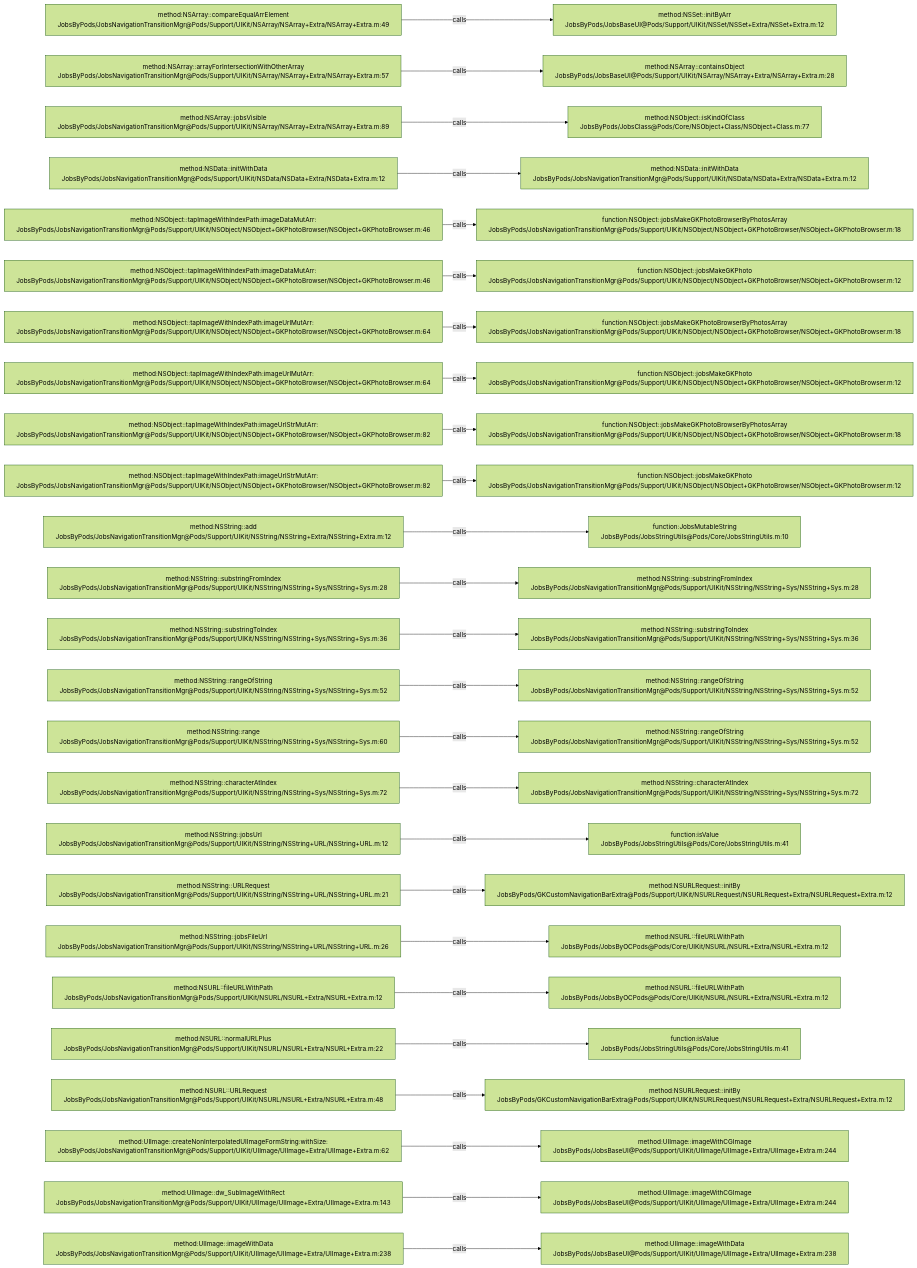
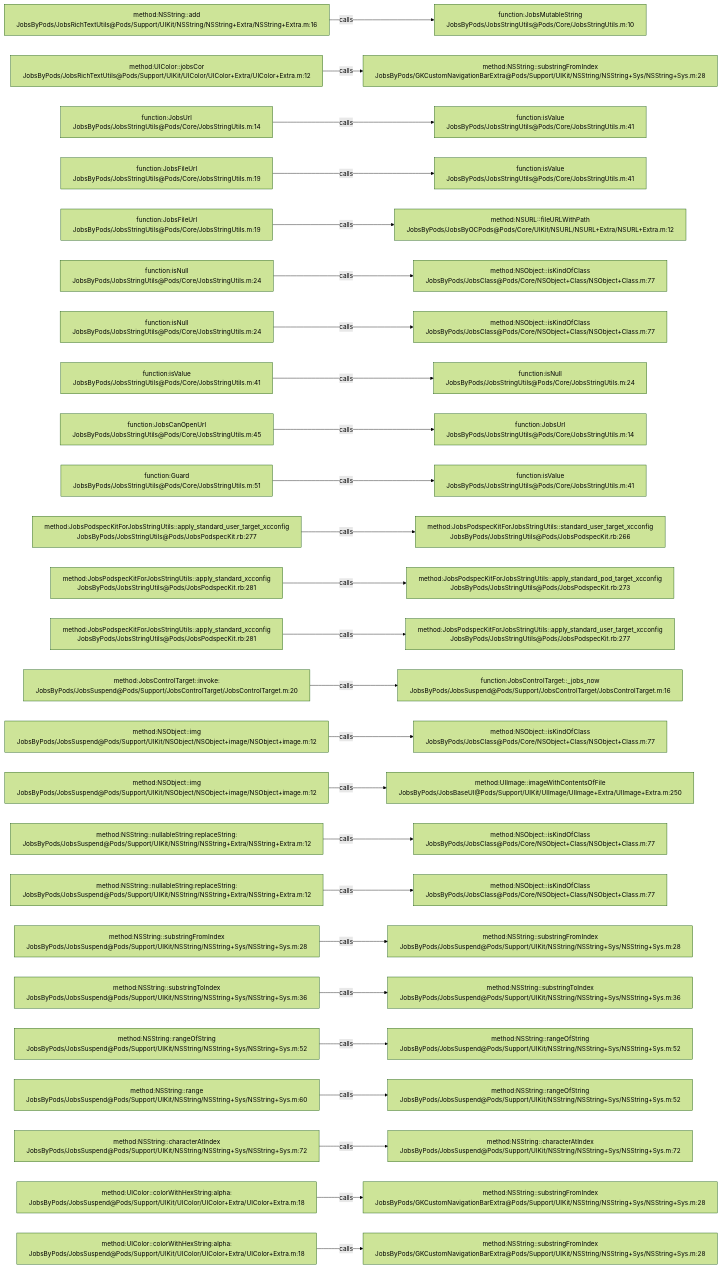
The diagram in .codegraph/codegraph.md/graphs/calls-016.md (JobsKits/JobsOCBaseConfigDemo), drawn with Mermaid (forest theme) before and after one commit. The commit also changed 1223 other files, not shown here.

````diff
--- a/.codegraph/codegraph.md/graphs/calls-016.md
+++ b/.codegraph/codegraph.md/graphs/calls-016.md
@@ -13,78 +13,78 @@
 ```mermaid
 flowchart LR
-  S1["method:NSArray::compareEqualArrElement<br/>JobsByPods/JobsNavigationTransitionMgr@Pods/Support/UIKit/NSArray/NSArray+Extra/NSArray+Extra.m:49"]
-  T1["method:NSSet::initByArr<br/>JobsByPods/JobsBaseUI@Pods/Support/UIKit/NSSet/NSSet+Extra/NSSet+Extra.m:12"]
+  S1["method:NSString::add<br/>JobsByPods/JobsRichTextUtils@Pods/Support/UIKit/NSString/NSString+Extra/NSString+Extra.m:16"]
+  T1["function:JobsMutableString<br/>JobsByPods/JobsStringUtils@Pods/Core/JobsStringUtils.m:10"]
   S1 -->|calls| T1
-  S2["method:NSArray::arrayForIntersectionWithOtherArray<br/>JobsByPods/JobsNavigationTransitionMgr@Pods/Support/UIKit/NSArray/NSArray+Extra/NSArray+Extra.m:57"]
-  T2["method:NSArray::containsObject<br/>JobsByPods/JobsBaseUI@Pods/Support/UIKit/NSArray/NSArray+Extra/NSArray+Extra.m:28"]
+  S2["method:UIColor::jobsCor<br/>JobsByPods/JobsRichTextUtils@Pods/Support/UIKit/UIColor/UIColor+Extra/UIColor+Extra.m:12"]
+  T2["method:NSString::substringFromIndex<br/>JobsByPods/GKCustomNavigationBarExtra@Pods/Support/UIKit/NSString/NSString+Sys/NSString+Sys.m:28"]
   S2 -->|calls| T2
-  S3["method:NSArray::jobsVisible<br/>JobsByPods/JobsNavigationTransitionMgr@Pods/Support/UIKit/NSArray/NSArray+Extra/NSArray+Extra.m:89"]
-  T3["method:NSObject::isKindOfClass<br/>JobsByPods/JobsClass@Pods/Core/NSObject+Class/NSObject+Class.m:77"]
+  S3["function:JobsUrl<br/>JobsByPods/JobsStringUtils@Pods/Core/JobsStringUtils.m:14"]
+  T3["function:isValue<br/>JobsByPods/JobsStringUtils@Pods/Core/JobsStringUtils.m:41"]
   S3 -->|calls| T3
-  S4["method:NSData::initWithData<br/>JobsByPods/JobsNavigationTransitionMgr@Pods/Support/UIKit/NSData/NSData+Extra/NSData+Extra.m:12"]
-  T4["method:NSData::initWithData<br/>JobsByPods/JobsNavigationTransitionMgr@Pods/Support/UIKit/NSData/NSData+Extra/NSData+Extra.m:12"]
+  S4["function:JobsFileUrl<br/>JobsByPods/JobsStringUtils@Pods/Core/JobsStringUtils.m:19"]
+  T4["function:isValue<br/>JobsByPods/JobsStringUtils@Pods/Core/JobsStringUtils.m:41"]
   S4 -->|calls| T4
-  S5["method:NSObject::tapImageWithIndexPath:imageDataMutArr:<br/>JobsByPods/JobsNavigationTransitionMgr@Pods/Support/UIKit/NSObject/NSObject+GKPhotoBrowser/NSObject+GKPhotoBrowser.m:46"]
-  T5["function:NSObject::jobsMakeGKPhotoBrowserByPhotosArray<br/>JobsByPods/JobsNavigationTransitionMgr@Pods/Support/UIKit/NSObject/NSObject+GKPhotoBrowser/NSObject+GKPhotoBrowser.m:18"]
+  S5["function:JobsFileUrl<br/>JobsByPods/JobsStringUtils@Pods/Core/JobsStringUtils.m:19"]
+  T5["method:NSURL::fileURLWithPath<br/>JobsByPods/JobsByOCPods@Pods/Core/UIKit/NSURL/NSURL+Extra/NSURL+Extra.m:12"]
   S5 -->|calls| T5
-  S6["method:NSObject::tapImageWithIndexPath:imageDataMutArr:<br/>JobsByPods/JobsNavigationTransitionMgr@Pods/Support/UIKit/NSObject/NSObject+GKPhotoBrowser/NSObject+GKPhotoBrowser.m:46"]
-  T6["function:NSObject::jobsMakeGKPhoto<br/>JobsByPods/JobsNavigationTransitionMgr@Pods/Support/UIKit/NSObject/NSObject+GKPhotoBrowser/NSObject+GKPhotoBrowser.m:12"]
+  S6["function:isNull<br/>JobsByPods/JobsStringUtils@Pods/Core/JobsStringUtils.m:24"]
+  T6["method:NSObject::isKindOfClass<br/>JobsByPods/JobsClass@Pods/Core/NSObject+Class/NSObject+Class.m:77"]
   S6 -->|calls| T6
-  S7["method:NSObject::tapImageWithIndexPath:imageUrlMutArr:<br/>JobsByPods/JobsNavigationTransitionMgr@Pods/Support/UIKit/NSObject/NSObject+GKPhotoBrowser/NSObject+GKPhotoBrowser.m:64"]
-  T7["function:NSObject::jobsMakeGKPhotoBrowserByPhotosArray<br/>JobsByPods/JobsNavigationTransitionMgr@Pods/Support/UIKit/NSObject/NSObject+GKPhotoBrowser/NSObject+GKPhotoBrowser.m:18"]
+  S7["function:isNull<br/>JobsByPods/JobsStringUtils@Pods/Core/JobsStringUtils.m:24"]
+  T7["method:NSObject::isKindOfClass<br/>JobsByPods/JobsClass@Pods/Core/NSObject+Class/NSObject+Class.m:77"]
   S7 -->|calls| T7
-  S8["method:NSObject::tapImageWithIndexPath:imageUrlMutArr:<br/>JobsByPods/JobsNavigationTransitionMgr@Pods/Support/UIKit/NSObject/NSObject+GKPhotoBrowser/NSObject+GKPhotoBrowser.m:64"]
-  T8["function:NSObject::jobsMakeGKPhoto<br/>JobsByPods/JobsNavigationTransitionMgr@Pods/Support/UIKit/NSObject/NSObject+GKPhotoBrowser/NSObject+GKPhotoBrowser.m:12"]
+  S8["function:isValue<br/>JobsByPods/JobsStringUtils@Pods/Core/JobsStringUtils.m:41"]
+  T8["function:isNull<br/>JobsByPods/JobsStringUtils@Pods/Core/JobsStringUtils.m:24"]
   S8 -->|calls| T8
-  S9["method:NSObject::tapImageWithIndexPath:imageUrlStrMutArr:<br/>JobsByPods/JobsNavigationTransitionMgr@Pods/Support/UIKit/NSObject/NSObject+GKPhotoBrowser/NSObject+GKPhotoBrowser.m:82"]
-  T9["function:NSObject::jobsMakeGKPhotoBrowserByPhotosArray<br/>JobsByPods/JobsNavigationTransitionMgr@Pods/Support/UIKit/NSObject/NSObject+GKPhotoBrowser/NSObject+GKPhotoBrowser.m:18"]
+  S9["function:JobsCanOpenUrl<br/>JobsByPods/JobsStringUtils@Pods/Core/JobsStringUtils.m:45"]
+  T9["function:JobsUrl<br/>JobsByPods/JobsStringUtils@Pods/Core/JobsStringUtils.m:14"]
   S9 -->|calls| T9
-  S10["method:NSObject::tapImageWithIndexPath:imageUrlStrMutArr:<br/>JobsByPods/JobsNavigationTransitionMgr@Pods/Support/UIKit/NSObject/NSObject+GKPhotoBrowser/NSObject+GKPhotoBrowser.m:82"]
-  T10["function:NSObject::jobsMakeGKPhoto<br/>JobsByPods/JobsNavigationTransitionMgr@Pods/Support/UIKit/NSObject/NSObject+GKPhotoBrowser/NSObject+GKPhotoBrowser.m:12"]
+  S10["function:Guard<br/>JobsByPods/JobsStringUtils@Pods/Core/JobsStringUtils.m:51"]
+  T10["function:isValue<br/>JobsByPods/JobsStringUtils@Pods/Core/JobsStringUtils.m:41"]
   S10 -->|calls| T10
-  S11["method:NSString::add<br/>JobsByPods/JobsNavigationTransitionMgr@Pods/Support/UIKit/NSString/NSString+Extra/NSString+Extra.m:12"]
-  T11["function:JobsMutableString<br/>JobsByPods/JobsStringUtils@Pods/Core/JobsStringUtils.m:10"]
+  S11["method:JobsPodspecKitForJobsStringUtils::apply_standard_user_target_xcconfig<br/>JobsByPods/JobsStringUtils@Pods/JobsPodspecKit.rb:277"]
+  T11["method:JobsPodspecKitForJobsStringUtils::standard_user_target_xcconfig<br/>JobsByPods/JobsStringUtils@Pods/JobsPodspecKit.rb:266"]
   S11 -->|calls| T11
-  S12["method:NSString::substringFromIndex<br/>JobsByPods/JobsNavigationTransitionMgr@Pods/Support/UIKit/NSString/NSString+Sys/NSString+Sys.m:28"]
-  T12["method:NSString::substringFromIndex<br/>JobsByPods/JobsNavigationTransitionMgr@Pods/Support/UIKit/NSString/NSString+Sys/NSString+Sys.m:28"]
+  S12["method:JobsPodspecKitForJobsStringUtils::apply_standard_xcconfig<br/>JobsByPods/JobsStringUtils@Pods/JobsPodspecKit.rb:281"]
+  T12["method:JobsPodspecKitForJobsStringUtils::apply_standard_pod_target_xcconfig<br/>JobsByPods/JobsStringUtils@Pods/JobsPodspecKit.rb:273"]
   S12 -->|calls| T12
-  S13["method:NSString::substringToIndex<br/>JobsByPods/JobsNavigationTransitionMgr@Pods/Support/UIKit/NSString/NSString+Sys/NSString+Sys.m:36"]
-  T13["method:NSString::substringToIndex<br/>JobsByPods/JobsNavigationTransitionMgr@Pods/Support/UIKit/NSString/NSString+Sys/NSString+Sys.m:36"]
+  S13["method:JobsPodspecKitForJobsStringUtils::apply_standard_xcconfig<br/>JobsByPods/JobsStringUtils@Pods/JobsPodspecKit.rb:281"]
+  T13["method:JobsPodspecKitForJobsStringUtils::apply_standard_user_target_xcconfig<br/>JobsByPods/JobsStringUtils@Pods/JobsPodspecKit.rb:277"]
   S13 -->|calls| T13
-  S14["method:NSString::rangeOfString<br/>JobsByPods/JobsNavigationTransitionMgr@Pods/Support/UIKit/NSString/NSString+Sys/NSString+Sys.m:52"]
-  T14["method:NSString::rangeOfString<br/>JobsByPods/JobsNavigationTransitionMgr@Pods/Support/UIKit/NSString/NSString+Sys/NSString+Sys.m:52"]
+  S14["method:JobsControlTarget::invoke:<br/>JobsByPods/JobsSuspend@Pods/Support/JobsControlTarget/JobsControlTarget.m:20"]
+  T14["function:JobsControlTarget::_jobs_now<br/>JobsByPods/JobsSuspend@Pods/Support/JobsControlTarget/JobsControlTarget.m:16"]
   S14 -->|calls| T14
-  S15["method:NSString::range<br/>JobsByPods/JobsNavigationTransitionMgr@Pods/Support/UIKit/NSString/NSString+Sys/NSString+Sys.m:60"]
-  T15["method:NSString::rangeOfString<br/>JobsByPods/JobsNavigationTransitionMgr@Pods/Support/UIKit/NSString/NSString+Sys/NSString+Sys.m:52"]
+  S15["method:NSObject::img<br/>JobsByPods/JobsSuspend@Pods/Support/UIKit/NSObject/NSObject+image/NSObject+image.m:12"]
+  T15["method:NSObject::isKindOfClass<br/>JobsByPods/JobsClass@Pods/Core/NSObject+Class/NSObject+Class.m:77"]
   S15 -->|calls| T15
-  S16["method:NSString::characterAtIndex<br/>JobsByPods/JobsNavigationTransitionMgr@Pods/Support/UIKit/NSString/NSString+Sys/NSString+Sys.m:72"]
-  T16["method:NSString::characterAtIndex<br/>JobsByPods/JobsNavigationTransitionMgr@Pods/Support/UIKit/NSString/NSString+Sys/NSString+Sys.m:72"]
+  S16["method:NSObject::img<br/>JobsByPods/JobsSuspend@Pods/Support/UIKit/NSObject/NSObject+image/NSObject+image.m:12"]
+  T16["method:UIImage::imageWithContentsOfFile<br/>JobsByPods/JobsBaseUI@Pods/Support/UIKit/UIImage/UIImage+Extra/UIImage+Extra.m:250"]
   S16 -->|calls| T16
-  S17["method:NSString::jobsUrl<br/>JobsByPods/JobsNavigationTransitionMgr@Pods/Support/UIKit/NSString/NSString+URL/NSString+URL.m:12"]
-  T17["function:isValue<br/>JobsByPods/JobsStringUtils@Pods/Core/JobsStringUtils.m:41"]
+  S17["method:NSString::nullableString:replaceString:<br/>JobsByPods/JobsSuspend@Pods/Support/UIKit/NSString/NSString+Extra/NSString+Extra.m:12"]
+  T17["method:NSObject::isKindOfClass<br/>JobsByPods/JobsClass@Pods/Core/NSObject+Class/NSObject+Class.m:77"]
   S17 -->|calls| T17
-  S18["method:NSString::URLRequest<br/>JobsByPods/JobsNavigationTransitionMgr@Pods/Support/UIKit/NSString/NSString+URL/NSString+URL.m:21"]
-  T18["method:NSURLRequest::initBy<br/>JobsByPods/GKCustomNavigationBarExtra@Pods/Support/UIKit/NSURLRequest/NSURLRequest+Extra/NSURLRequest+Extra.m:12"]
+  S18["method:NSString::nullableString:replaceString:<br/>JobsByPods/JobsSuspend@Pods/Support/UIKit/NSString/NSString+Extra/NSString+Extra.m:12"]
+  T18["method:NSObject::isKindOfClass<br/>JobsByPods/JobsClass@Pods/Core/NSObject+Class/NSObject+Class.m:77"]
   S18 -->|calls| T18
-  S19["method:NSString::jobsFileUrl<br/>JobsByPods/JobsNavigationTransitionMgr@Pods/Support/UIKit/NSString/NSString+URL/NSString+URL.m:26"]
-  T19["method:NSURL::fileURLWithPath<br/>JobsByPods/JobsByOCPods@Pods/Core/UIKit/NSURL/NSURL+Extra/NSURL+Extra.m:12"]
+  S19["method:NSString::substringFromIndex<br/>JobsByPods/JobsSuspend@Pods/Support/UIKit/NSString/NSString+Sys/NSString+Sys.m:28"]
+  T19["method:NSString::substringFromIndex<br/>JobsByPods/JobsSuspend@Pods/Support/UIKit/NSString/NSString+Sys/NSString+Sys.m:28"]
   S19 -->|calls| T19
-  S20["method:NSURL::fileURLWithPath<br/>JobsByPods/JobsNavigationTransitionMgr@Pods/Support/UIKit/NSURL/NSURL+Extra/NSURL+Extra.m:12"]
-  T20["method:NSURL::fileURLWithPath<br/>JobsByPods/JobsByOCPods@Pods/Core/UIKit/NSURL/NSURL+Extra/NSURL+Extra.m:12"]
+  S20["method:NSString::substringToIndex<br/>JobsByPods/JobsSuspend@Pods/Support/UIKit/NSString/NSString+Sys/NSString+Sys.m:36"]
+  T20["method:NSString::substringToIndex<br/>JobsByPods/JobsSuspend@Pods/Support/UIKit/NSString/NSString+Sys/NSString+Sys.m:36"]
   S20 -->|calls| T20
-  S21["method:NSURL::normalURLPlus<br/>JobsByPods/JobsNavigationTransitionMgr@Pods/Support/UIKit/NSURL/NSURL+Extra/NSURL+Extra.m:22"]
-  T21["function:isValue<br/>JobsByPods/JobsStringUtils@Pods/Core/JobsStringUtils.m:41"]
+  S21["method:NSString::rangeOfString<br/>JobsByPods/JobsSuspend@Pods/Support/UIKit/NSString/NSString+Sys/NSString+Sys.m:52"]
+  T21["method:NSString::rangeOfString<br/>JobsByPods/JobsSuspend@Pods/Support/UIKit/NSString/NSString+Sys/NSString+Sys.m:52"]
   S21 -->|calls| T21
-  S22["method:NSURL::URLRequest<br/>JobsByPods/JobsNavigationTransitionMgr@Pods/Support/UIKit/NSURL/NSURL+Extra/NSURL+Extra.m:48"]
-  T22["method:NSURLRequest::initBy<br/>JobsByPods/GKCustomNavigationBarExtra@Pods/Support/UIKit/NSURLRequest/NSURLRequest+Extra/NSURLRequest+Extra.m:12"]
+  S22["method:NSString::range<br/>JobsByPods/JobsSuspend@Pods/Support/UIKit/NSString/NSString+Sys/NSString+Sys.m:60"]
+  T22["method:NSString::rangeOfString<br/>JobsByPods/JobsSuspend@Pods/Support/UIKit/NSString/NSString+Sys/NSString+Sys.m:52"]
   S22 -->|calls| T22
-  S23["method:UIImage::createNonInterpolatedUIImageFormString:withSize:<br/>JobsByPods/JobsNavigationTransitionMgr@Pods/Support/UIKit/UIImage/UIImage+Extra/UIImage+Extra.m:62"]
-  T23["method:UIImage::imageWithCGImage<br/>JobsByPods/JobsBaseUI@Pods/Support/UIKit/UIImage/UIImage+Extra/UIImage+Extra.m:244"]
+  S23["method:NSString::characterAtIndex<br/>JobsByPods/JobsSuspend@Pods/Support/UIKit/NSString/NSString+Sys/NSString+Sys.m:72"]
+  T23["method:NSString::characterAtIndex<br/>JobsByPods/JobsSuspend@Pods/Support/UIKit/NSString/NSString+Sys/NSString+Sys.m:72"]
   S23 -->|calls| T23
-  S24["method:UIImage::dw_SubImageWithRect<br/>JobsByPods/JobsNavigationTransitionMgr@Pods/Support/UIKit/UIImage/UIImage+Extra/UIImage+Extra.m:143"]
-  T24["method:UIImage::imageWithCGImage<br/>JobsByPods/JobsBaseUI@Pods/Support/UIKit/UIImage/UIImage+Extra/UIImage+Extra.m:244"]
+  S24["method:UIColor::colorWithHexString:alpha:<br/>JobsByPods/JobsSuspend@Pods/Support/UIKit/UIColor/UIColor+Extra/UIColor+Extra.m:18"]
+  T24["method:NSString::substringFromIndex<br/>JobsByPods/GKCustomNavigationBarExtra@Pods/Support/UIKit/NSString/NSString+Sys/NSString+Sys.m:28"]
   S24 -->|calls| T24
-  S25["method:UIImage::imageWithData<br/>JobsByPods/JobsNavigationTransitionMgr@Pods/Support/UIKit/UIImage/UIImage+Extra/UIImage+Extra.m:238"]
-  T25["method:UIImage::imageWithData<br/>JobsByPods/JobsBaseUI@Pods/Support/UIKit/UIImage/UIImage+Extra/UIImage+Extra.m:238"]
+  S25["method:UIColor::colorWithHexString:alpha:<br/>JobsByPods/JobsSuspend@Pods/Support/UIKit/UIColor/UIColor+Extra/UIColor+Extra.m:18"]
+  T25["method:NSString::substringFromIndex<br/>JobsByPods/GKCustomNavigationBarExtra@Pods/Support/UIKit/NSString/NSString+Sys/NSString+Sys.m:28"]
   S25 -->|calls| T25
 ```
````
